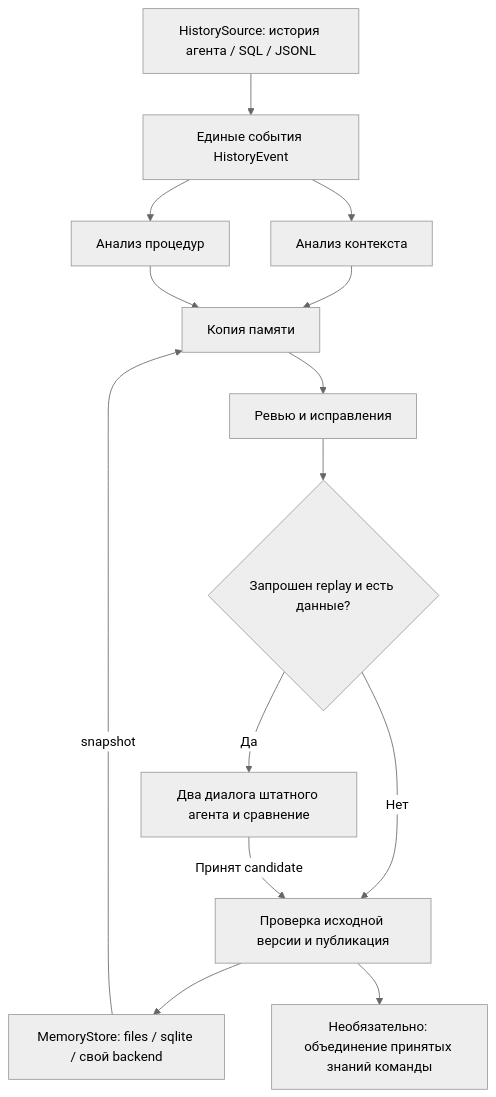
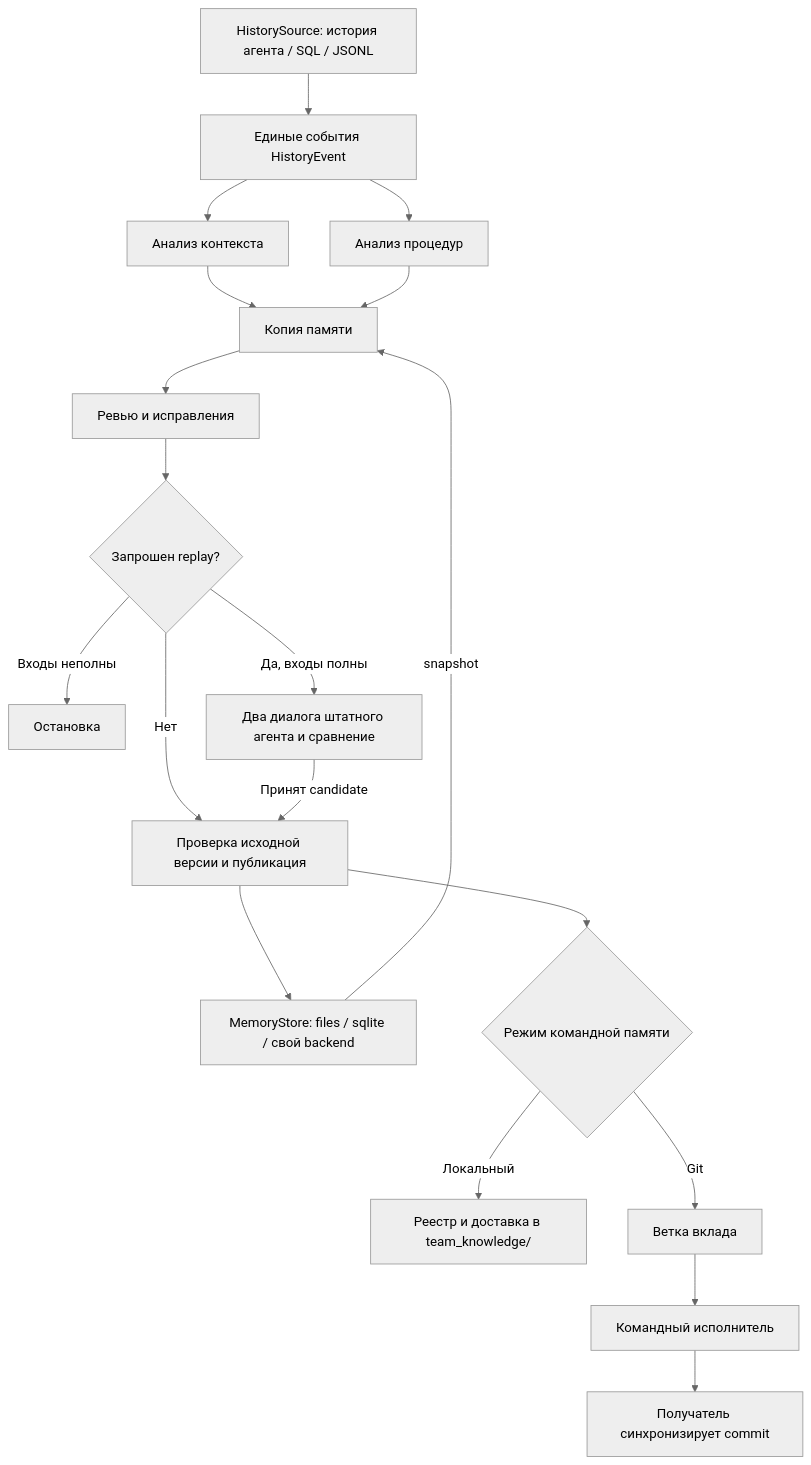
Before and after one commit to Viacheslav-hub-blip/comand_agent_memory: the diagram in README.md, drawn with Mermaid (neutral theme). The commit also changed other lines of this file and 95 other files, not shown here.

Commit message:
Publish Command Agent Memory 0.3.0rc2 and architecture diagrams

````diff
--- a/README.md
+++ b/README.md
@@ -133,16 +214,21 @@
 ```mermaid
 flowchart TD
     History["HistorySource: история агента / SQL / JSONL"] --> Events["Единые события HistoryEvent"]
     Events --> Context["Анализ контекста"]
     Events --> Procedures["Анализ процедур"]
     Context --> Draft["Копия памяти"]
     Procedures --> Draft
     Store["MemoryStore: files / sqlite / свой backend"] -->|"snapshot"| Draft
     Draft --> Review["Ревью и исправления"]
-    Review --> Replay{"Запрошен replay и есть данные?"}
-    Replay -->|"Да"| Evaluate["Два диалога штатного агента и сравнение"]
+    Review --> Replay{"Запрошен replay?"}
+    Replay -->|"Входы неполны"| Stop["Остановка"]
+    Replay -->|"Да, входы полны"| Evaluate["Два диалога штатного агента и сравнение"]
     Replay -->|"Нет"| Publish["Проверка исходной версии и публикация"]
     Evaluate -->|"Принят candidate"| Publish
     Publish --> Store
-    Publish --> Team["Необязательно: объединение принятых знаний команды"]
+    Publish --> Team{"Режим командной памяти"}
+    Team -->|"Локальный"| Local["Реестр и доставка в team_knowledge/"]
+    Team -->|"Git"| Contribution["Ветка вклада"]
+    Contribution --> Executor["Командный исполнитель"]
+    Executor --> Sync["Получатель синхронизирует commit"]
 ```
````
